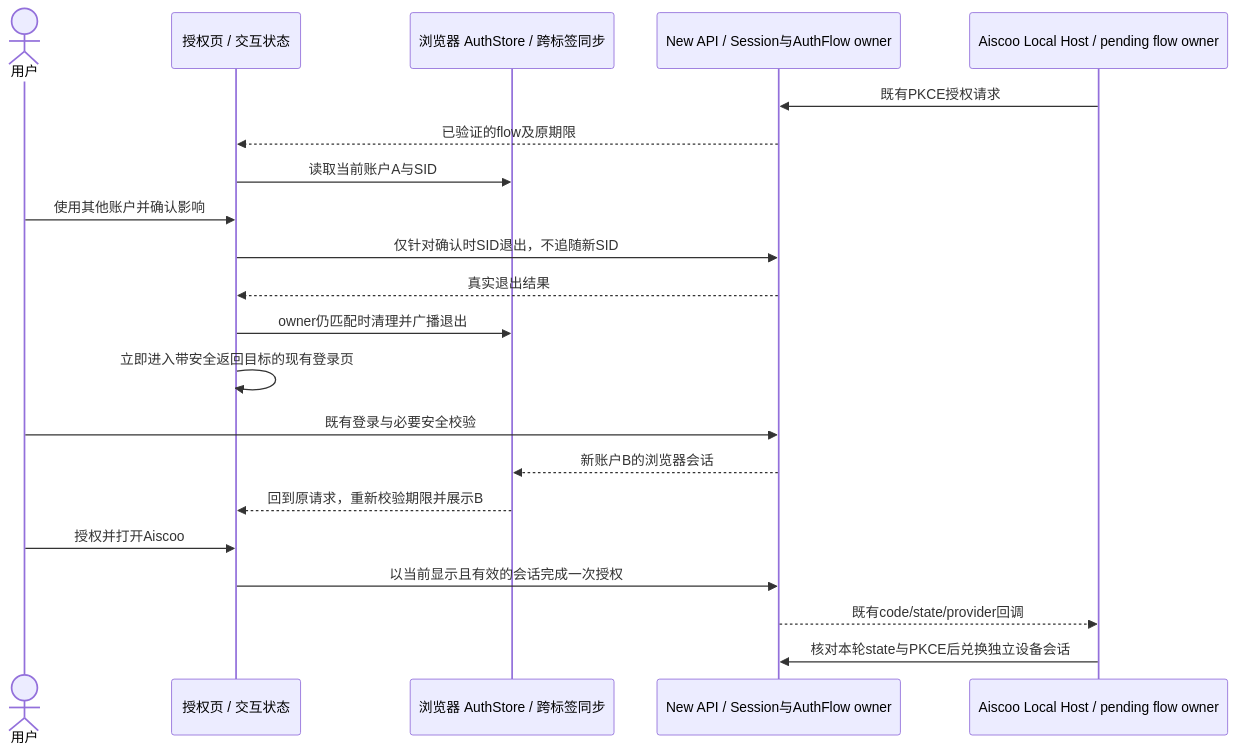
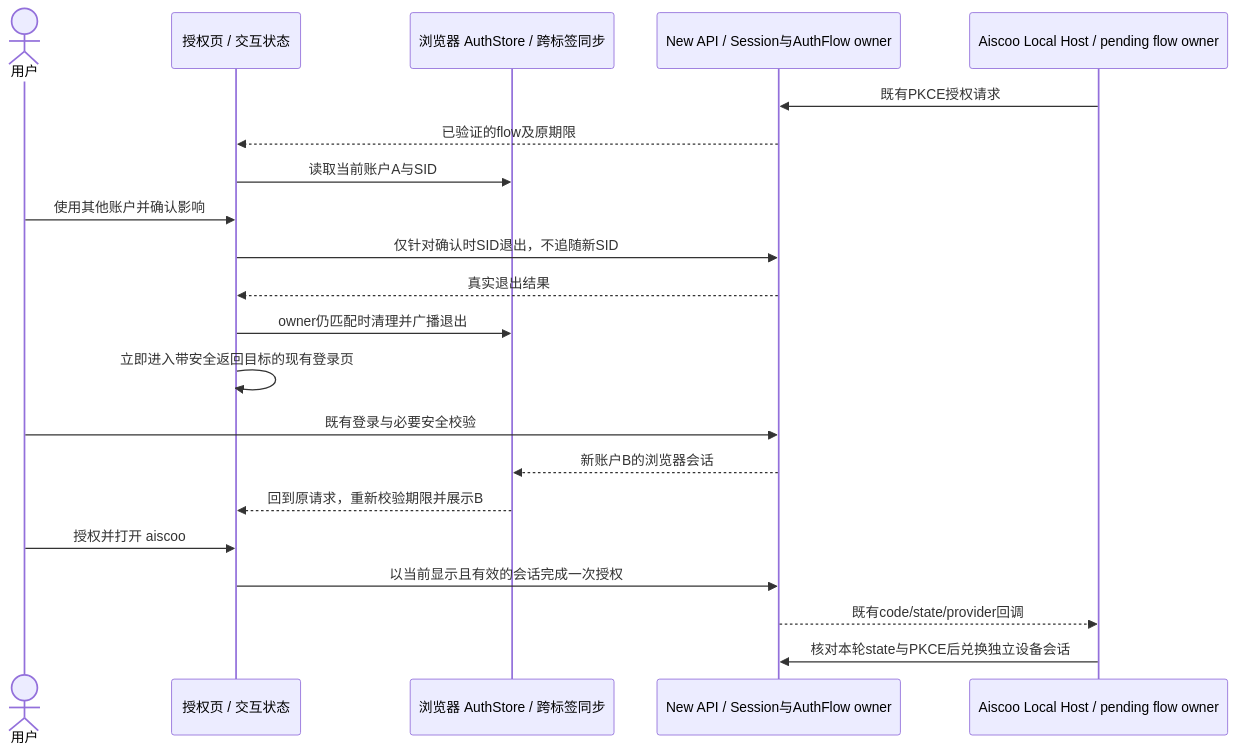
The diagram in docs/aiscoo/specs/new-api-authorization-account-switch.md (978655242/XCode), drawn with Mermaid before and after one commit. The commit also changed other lines of this file and 1 other file, not shown here.

First line of the commit message:
docs(brand): align authorization labels and Aiscoo Zen name (#49)

````diff
--- a/docs/aiscoo/specs/new-api-authorization-account-switch.md
+++ b/docs/aiscoo/specs/new-api-authorization-account-switch.md
@@ -51,23 +53,23 @@
 ```mermaid
 sequenceDiagram
     actor U as 用户
     participant P as 授权页 / 交互状态
     participant B as 浏览器 AuthStore / 跨标签同步
     participant N as New API / Session与AuthFlow owner
     participant H as Aiscoo Local Host / pending flow owner
     H->>N: 既有PKCE授权请求
     N-->>P: 已验证的flow及原期限
     P->>B: 读取当前账户A与SID
     U->>P: 使用其他账户并确认影响
     P->>N: 仅针对确认时SID退出，不追随新SID
     N-->>P: 真实退出结果
     P->>B: owner仍匹配时清理并广播退出
     P->>P: 立即进入带安全返回目标的现有登录页
     U->>N: 既有登录与必要安全校验
     N-->>B: 新账户B的浏览器会话
     B-->>P: 回到原请求，重新校验期限并展示B
-    U->>P: 授权并打开Aiscoo
+    U->>P: 授权并打开 aiscoo
     P->>N: 以当前显示且有效的会话完成一次授权
     N-->>H: 既有code/state/provider回调
     H->>N: 核对本轮state与PKCE后兑换独立设备会话
 ```
````
